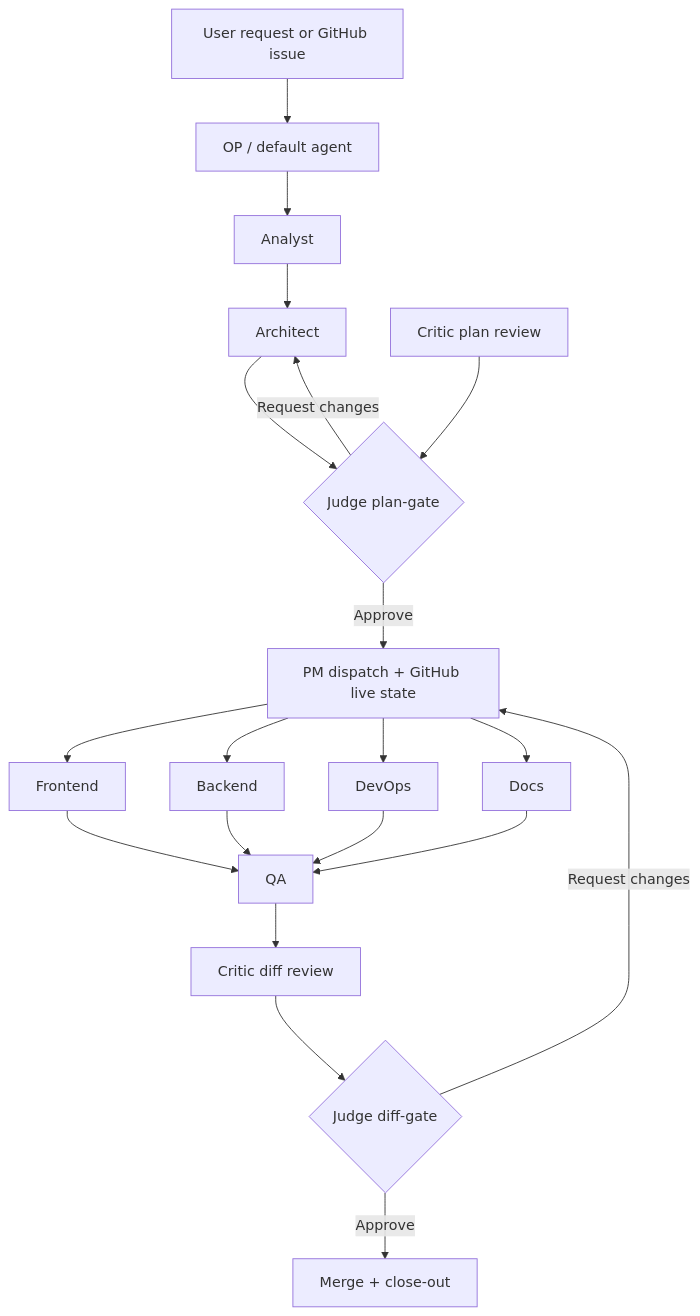
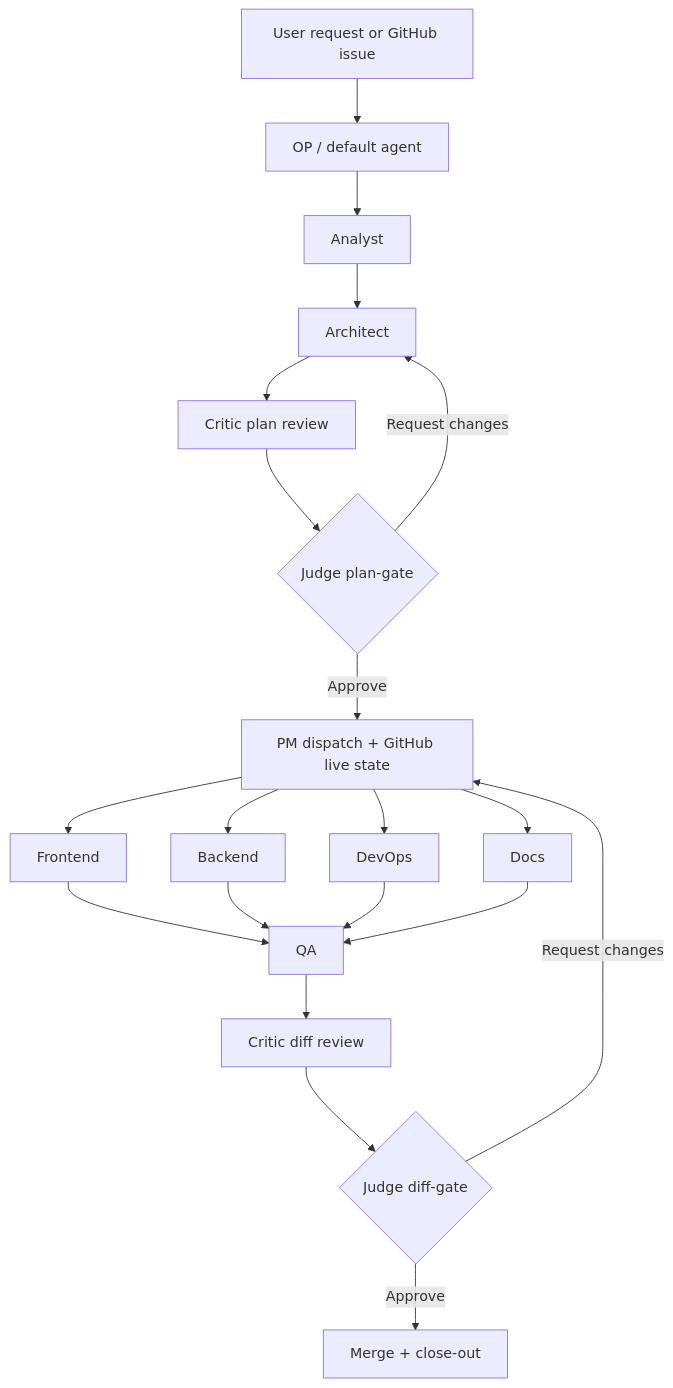
Before and after one commit to mikejmckinney/ai-repo-template: the diagram in .context/vision/architecture/multi-agent-flow.md, drawn with Mermaid.

Commit message:
docs(#329): connect critic plan review in diagram

````diff
--- a/.context/vision/architecture/multi-agent-flow.md
+++ b/.context/vision/architecture/multi-agent-flow.md
@@ -6,25 +6,24 @@
 ```mermaid
 flowchart TD
     Request[User request or GitHub issue] --> OP[OP / default agent]
     OP --> Analyst[Analyst]
     Analyst --> Architect[Architect]
-    Architect --> JudgePlan{Judge plan-gate}
-    CriticPlan[Critic plan review] --> JudgePlan
+    Architect --> CriticPlan[Critic plan review] --> JudgePlan{Judge plan-gate}
     JudgePlan -->|Approve| PM[PM dispatch + GitHub live state]
     JudgePlan -->|Request changes| Architect
 
     PM --> Frontend[Frontend]
     PM --> Backend[Backend]
     PM --> DevOps[DevOps]
     PM --> Docs[Docs]
 
     Frontend --> QA[QA]
     Backend --> QA
     DevOps --> QA
     Docs --> QA
 
     QA --> CriticDiff[Critic diff review]
     CriticDiff --> JudgeDiff{Judge diff-gate}
     JudgeDiff -->|Approve| Merge[Merge + close-out]
     JudgeDiff -->|Request changes| PM
 ```
````
